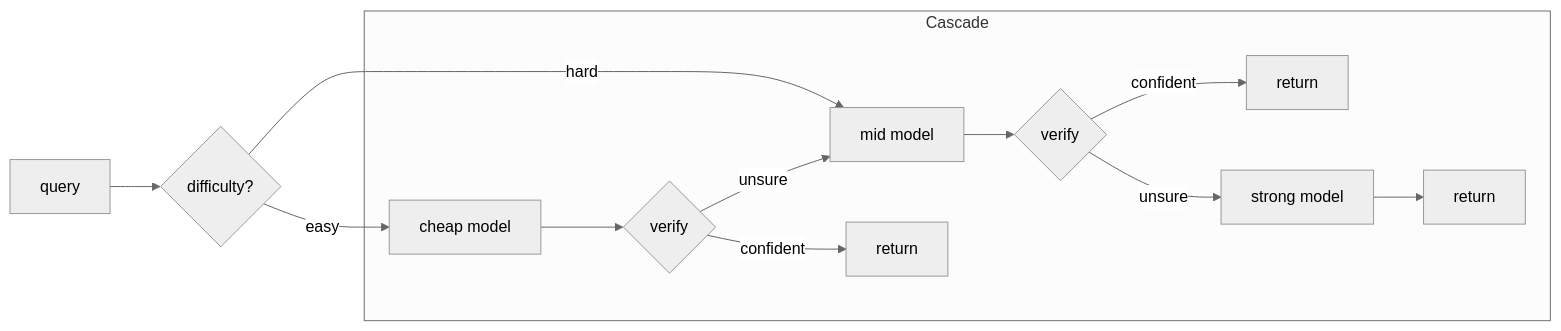
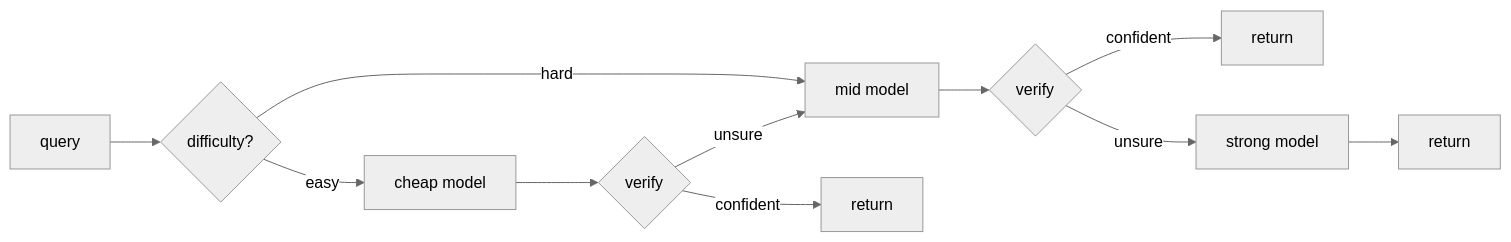
Before and after one commit to darrshangovender/cascade: the diagram in README.md, drawn with Mermaid (neutral theme). The commit also changed other lines of this file, not shown here.

````diff
--- a/README.md
+++ b/README.md
@@ -67,15 +70,13 @@
 ```mermaid
 flowchart LR
     Q[query] --> D{difficulty?}
     D -->|easy| T0
     D -->|hard| T1
-    subgraph Cascade
-      T0[cheap model] --> V0{verify}
-      V0 -->|confident| A0[return]
-      V0 -->|unsure| T1[mid model]
-      T1 --> V1{verify}
-      V1 -->|confident| A1[return]
-      V1 -->|unsure| T2[strong model]
-      T2 --> A2[return]
-    end
+    T0[cheap model] --> V0{verify}
+    V0 -->|confident| A0[return]
+    V0 -->|unsure| T1[mid model]
+    T1 --> V1{verify}
+    V1 -->|confident| A1[return]
+    V1 -->|unsure| T2[strong model]
+    T2 --> A2[return]
 ```
````
